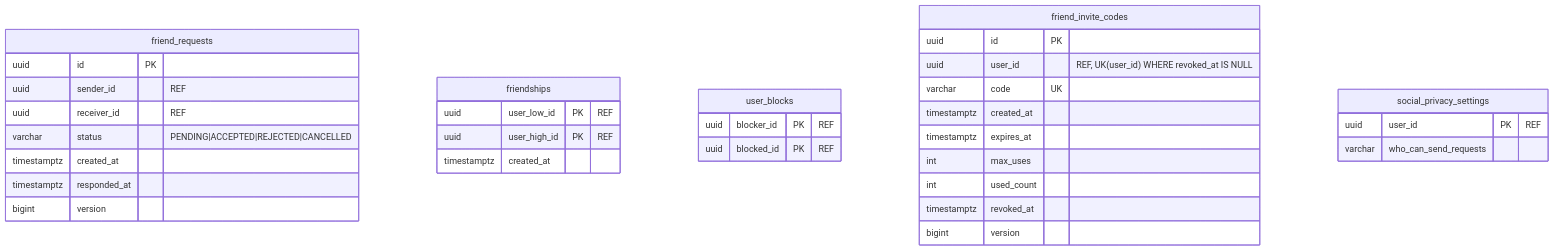
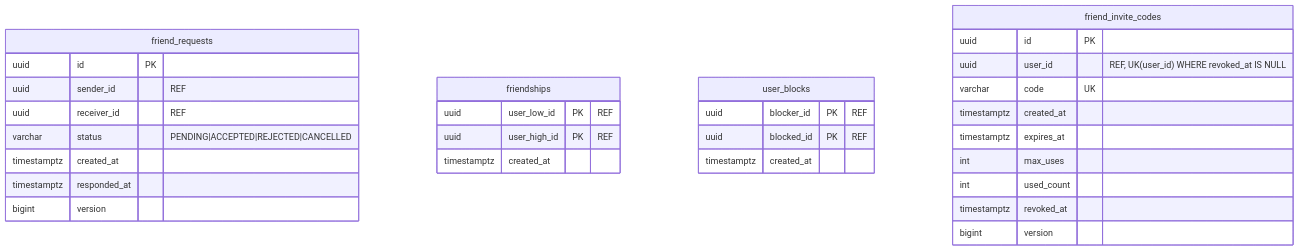
Before and after one commit to alperrte/lobbytwozero: the tenth of 20 diagrams in docs/er-diagram.md, drawn with Mermaid. The commit also changed 41 other files, not shown here.

````diff
--- a/docs/er-diagram.md
+++ b/docs/er-diagram.md
@@ -548,36 +548,34 @@
 ```mermaid
 erDiagram
   friend_requests {
     uuid id PK
     uuid sender_id "REF"
     uuid receiver_id "REF"
     varchar status "PENDING|ACCEPTED|REJECTED|CANCELLED"
     timestamptz created_at
     timestamptz responded_at
     bigint version
   }
   friendships {
     uuid user_low_id PK "REF"
     uuid user_high_id PK "REF"
     timestamptz created_at
   }
   user_blocks {
     uuid blocker_id PK "REF"
     uuid blocked_id PK "REF"
+    timestamptz created_at
   }
   friend_invite_codes {
     uuid id PK
     uuid user_id "REF, UK(user_id) WHERE revoked_at IS NULL"
     varchar code UK
     timestamptz created_at
     timestamptz expires_at
     int max_uses
     int used_count
     timestamptz revoked_at
     bigint version
   }
-  social_privacy_settings {
-    uuid user_id PK "REF"
-    varchar who_can_send_requests
-  }
+  %% social_privacy_settings oluşturulmadı: arkadaş listesi görünürlüğü user-service'te tutulur (SOC-12).
 ```
````
